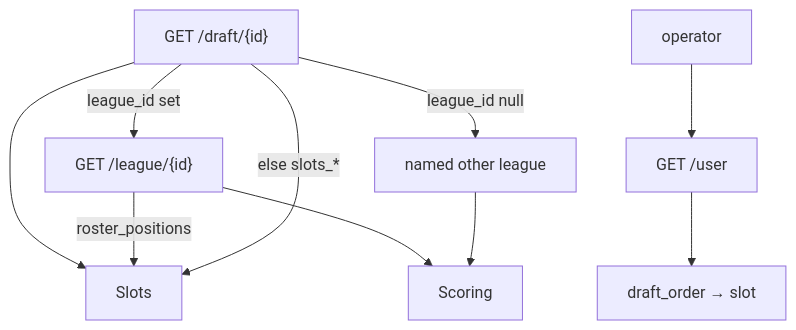
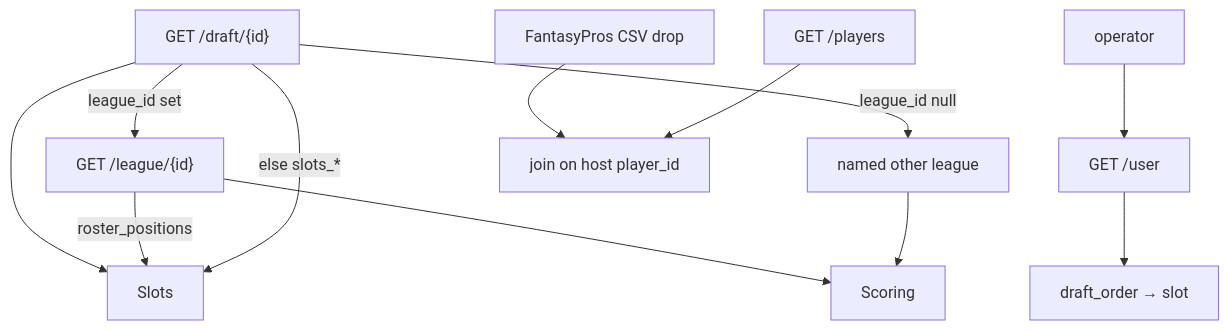
One commit to alemtani/vorpal changed the second of 4 diagrams in docs/SPEC.md. Above: the diagram before and after it, drawn with Mermaid. The commit also changed other lines of this file and 2 other files, not shown here.

First line of the commit message:
docs: take FantasyPros from a manual CSV drop, not the 10-player API

````diff
--- a/docs/SPEC.md
+++ b/docs/SPEC.md
@@ -52,11 +52,13 @@
 ```mermaid
 flowchart TD
   Draft["GET /draft/{id}"] --> Slots
   Draft -->|league_id set| Lg["GET /league/{id}"]
   Draft -->|league_id null| Borrow["named other league"]
   Lg --> Scoring
   Borrow --> Scoring
   Lg -->|roster_positions| Slots
   Draft -->|else slots_*| Slots
   Op[operator] --> User["GET /user"] --> Seat[draft_order → slot]
+  Drop["FantasyPros CSV drop"] --> Join["join on host player_id"]
+  Players["GET /players"] --> Join
 ```
````
